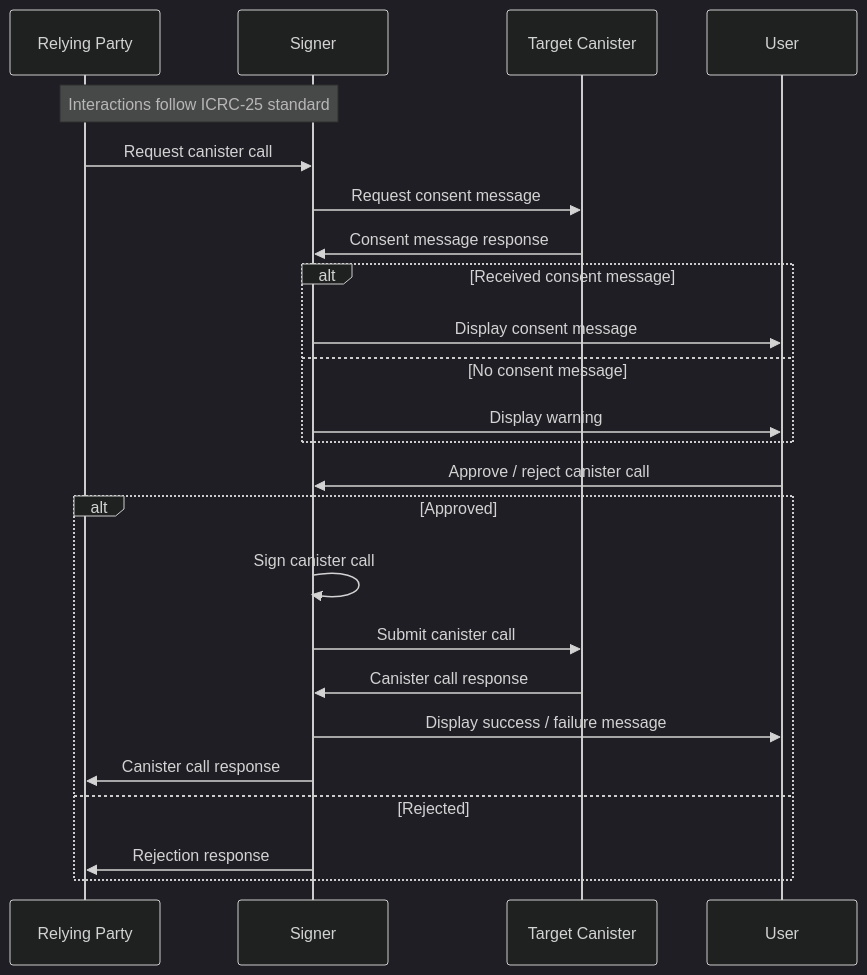
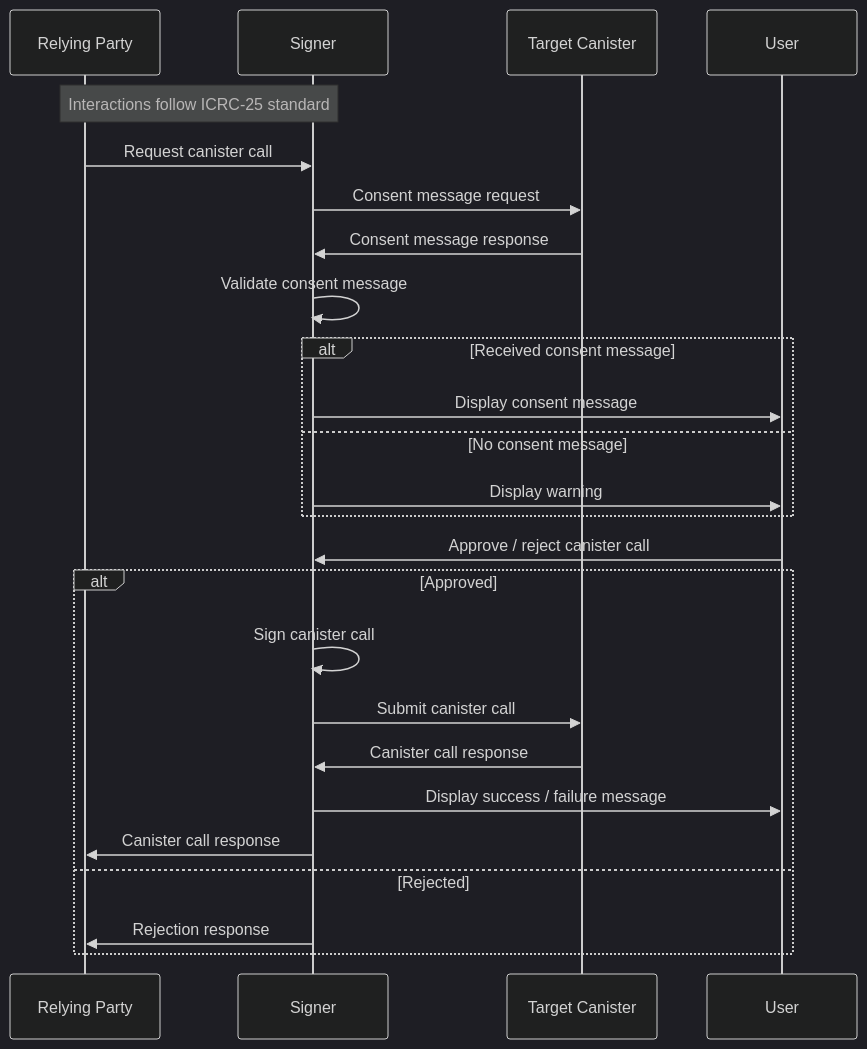
One commit to dfinity/wg-identity-authentication changed the first of 2 diagrams in topics/icrc_21_consent_msg.md. Above: the diagram before and after it, drawn with Mermaid (dark theme). The commit also changed other lines of this file, not shown here.

First line of the commit message:
ICRC-21: Fix error in consent message validation

````diff
--- a/topics/icrc_21_consent_msg.md
+++ b/topics/icrc_21_consent_msg.md
@@ -163,27 +163,28 @@
 ```mermaid
 sequenceDiagram
     participant RP as Relying Party
     participant S as Signer
     participant T as Target Canister
     participant U as User
 
     Note over RP, S: Interactions follow ICRC-25 standard
     RP ->> S: Request canister call
-    S ->> T: Request consent message
+    S ->> T: Consent message request
     T ->> S: Consent message response
+    S ->> S: Validate consent message
     alt Received consent message
         S ->> U: Display consent message
     else No consent message
         S ->> U: Display warning
     end
     U ->> S: Approve / reject canister call
     alt Approved
     S ->> S: Sign canister call
     S ->> T: Submit canister call
     T ->> S: Canister call response
     S ->> U: Display success / failure message
     S ->> RP: Canister call response
     else Rejected
     S ->> RP: Rejection response
     end
 ```
````
